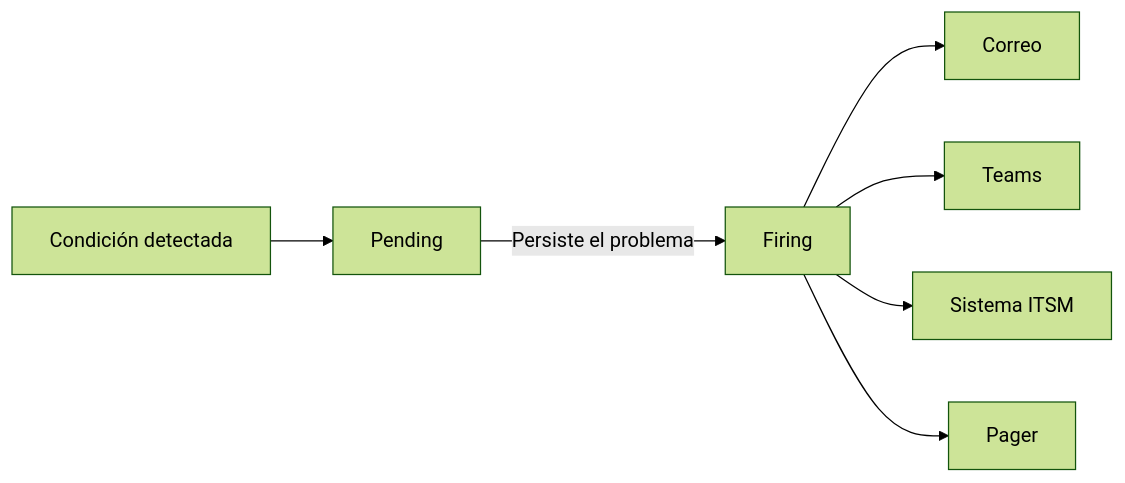
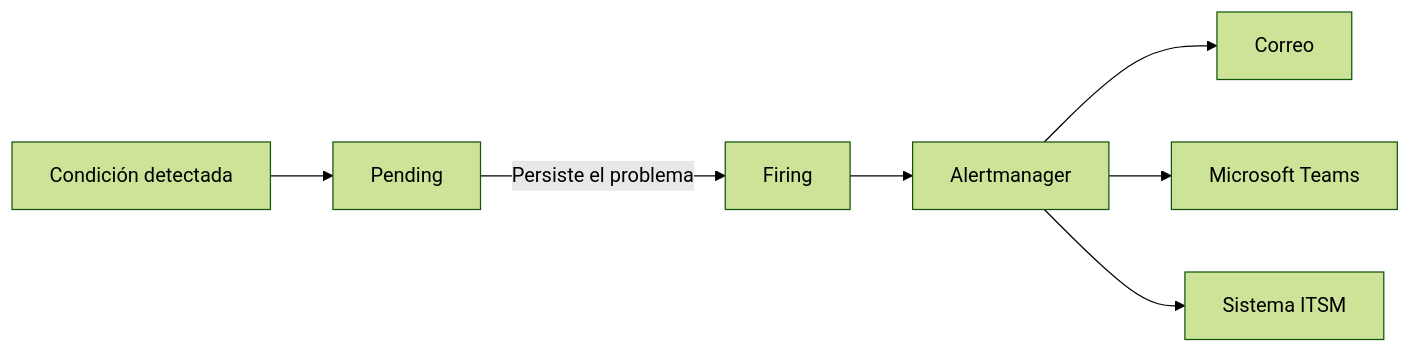
Before and after one commit to ieftraining/curso-openshift: the third of 9 diagrams in docs/sesion3/3.2 Alertas.md, drawn with Mermaid (forest theme). The commit also changed other lines of this file, not shown here.

````diff
--- a/docs/sesion3/3.2 Alertas.md
+++ b/docs/sesion3/3.2 Alertas.md
@@ -119,9 +127,14 @@
 ```mermaid
 flowchart LR
-    A[Condición detectada] --> B[Pending]
+
+    A[Condición detectada]
+    --> B[Pending]
+
     B -->|Persiste el problema| C[Firing]
-    C --> D[Correo]
-    C --> E[Teams]
-    C --> F[Sistema ITSM]
-    C --> G[Pager]
+
+    C --> D[Alertmanager]
+
+    D --> E[Correo]
+    D --> F[Microsoft Teams]
+    D --> G[Sistema ITSM]
 ```
````
